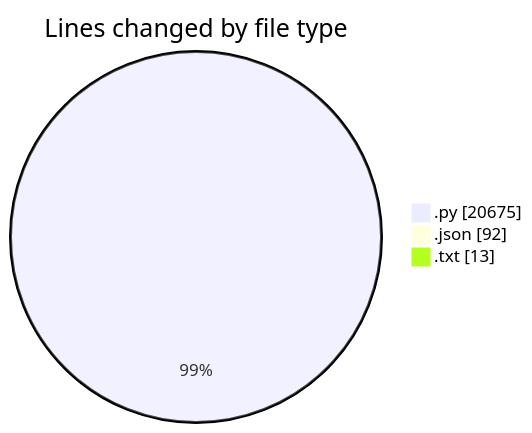
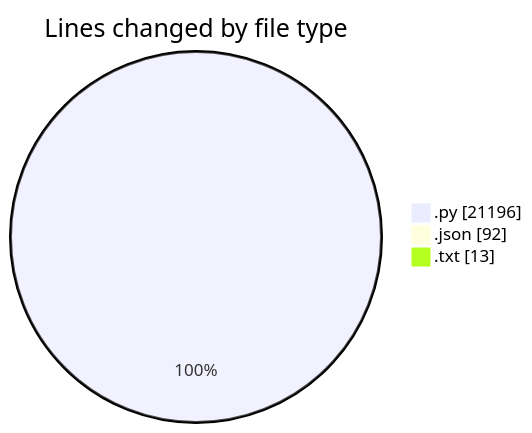
The first of 2 diagrams in 2025-07-13/telebot/README.md (jrari/code-tracking), drawn with Mermaid before and after one commit. The commit also changed other lines of this file and 1 other file, not shown here.

````diff
--- a/2025-07-13/telebot/README.md
+++ b/2025-07-13/telebot/README.md
@@ -54,7 +55,7 @@
 ```mermaid
 pie showData
 title Lines changed by file type
-".py" : 20675
+".py" : 21196
 ".json" : 92
 ".txt" : 13
 ```
````
